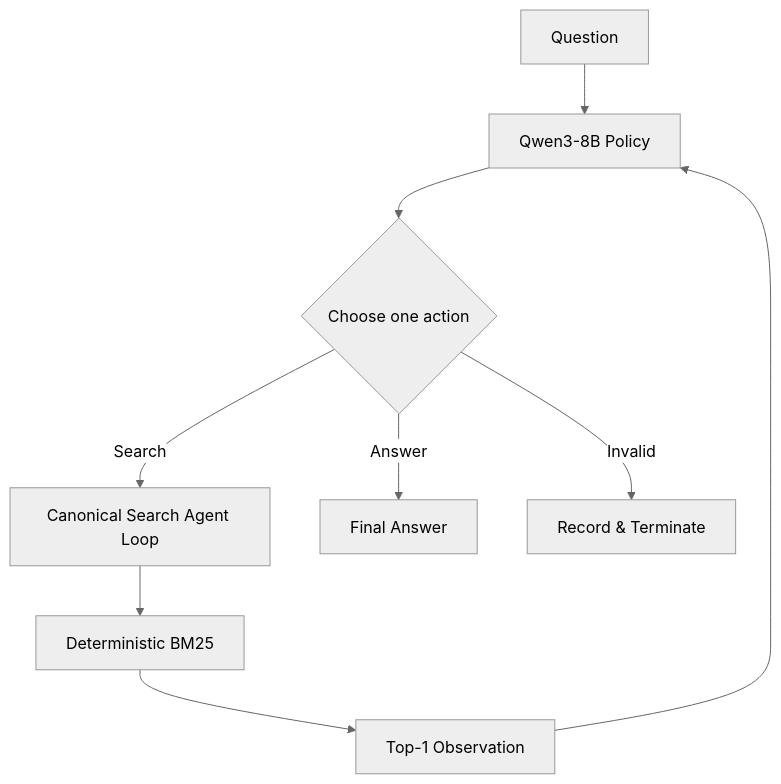
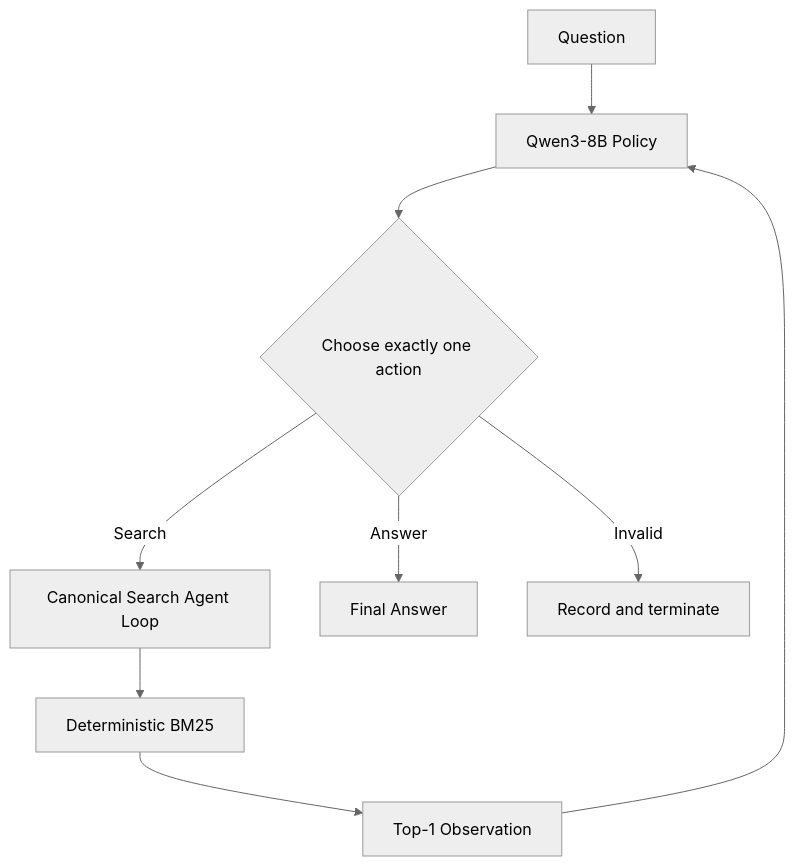
The first of 2 diagrams in README.md (Idiotyevsky/EfficientTool-RL), drawn with Mermaid (neutral theme) before and after one commit. The commit also changed other lines of this file and 2 other files, not shown here.

````diff
--- a/README.md
+++ b/README.md
@@ -110,13 +117,13 @@
 ```mermaid
 flowchart TD
     Q[Question] --> P[Qwen3-8B Policy]
-    P --> A{Choose one action}
+    P --> A{Choose exactly one action}
 
     A -->|Search| C[Canonical Search Agent Loop]
     C --> B[Deterministic BM25]
     B --> O[Top-1 Observation]
     O --> P
 
     A -->|Answer| F[Final Answer]
-    A -->|Invalid| X["Record & Terminate"]
+    A -->|Invalid| X[Record and terminate]
 ```
````
